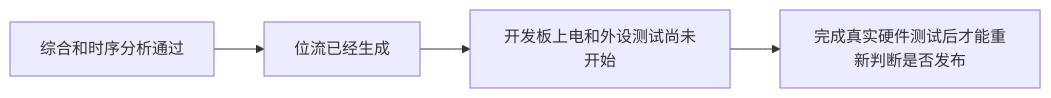
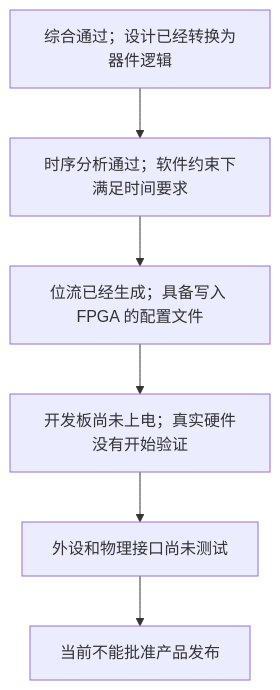
The first of 2 diagrams in evals/candidate/REVIEW-PACKET.md (AIALRA-0/agent-human-readable-technical-writing), drawn with Mermaid before and after one commit. The commit also changed other lines of this file and 7 other files, not shown here.

````diff
--- a/evals/candidate/REVIEW-PACKET.md
+++ b/evals/candidate/REVIEW-PACKET.md
@@ -177,6 +184,8 @@
 ```mermaid
-flowchart LR
-    A[综合和时序分析通过] --> B[位流已经生成]
-    B --> C[开发板上电和外设测试尚未开始]
-    C --> D[完成真实硬件测试后才能重新判断是否发布]
+flowchart TD
+    A["综合通过；设计已经转换为器件逻辑"] --> B["时序分析通过；软件约束下满足时间要求"]
+    B --> C["位流已经生成；具备写入 FPGA 的配置文件"]
+    C --> D["开发板尚未上电；真实硬件没有开始验证"]
+    D --> E["外设和物理接口尚未测试"]
+    E --> F["当前不能批准产品发布"]
 ```
````
